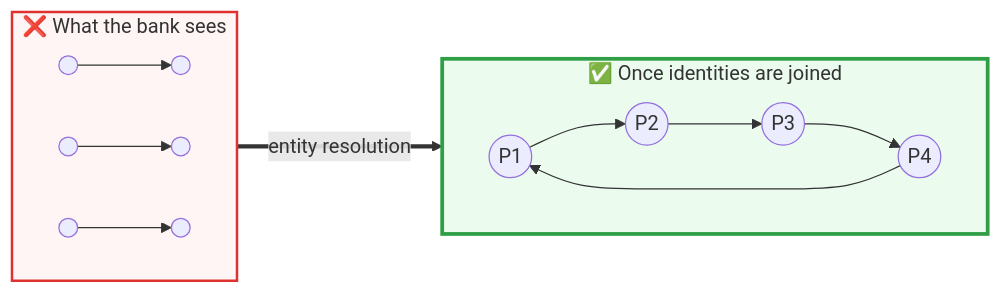
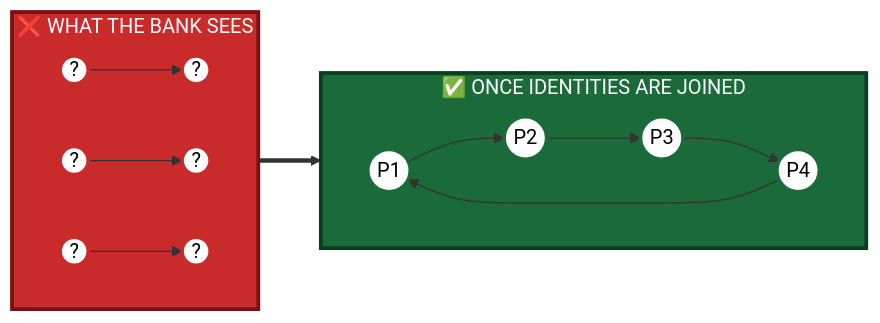
Before and after one commit to akarshncodes/chakravyuh: the second of 7 diagrams in README.md, drawn with Mermaid. The commit also changed other lines of this file, not shown here.

First line of the commit message:
docs: open with the hook, add solution mapping, add self-learning roadmap

````diff
--- a/README.md
+++ b/README.md
@@ -159,22 +215,27 @@
 ```mermaid
 flowchart LR
-    subgraph BEFORE["❌ What the bank sees"]
+    classDef ghost fill:#ffffff,stroke:#c92a2a,stroke-width:3px,color:#000000
+    classDef person fill:#ffffff,stroke:#1b6b3a,stroke-width:3px,color:#000000
+
+    subgraph BEFORE["❌ WHAT THE BANK SEES"]
         direction LR
-        a1((" ")) --> a2((" "))
-        a3((" ")) --> a4((" "))
-        a5((" ")) --> a6((" "))
+        a1(("?")) --> a2(("?"))
+        a3(("?")) --> a4(("?"))
+        a5(("?")) --> a6(("?"))
     end
 
-    subgraph AFTER["✅ Once identities are joined"]
+    subgraph AFTER["✅ ONCE IDENTITIES ARE JOINED"]
         direction LR
         b1(("P1")) --> b2(("P2"))
         b2 --> b3(("P3"))
         b3 --> b4(("P4"))
         b4 --> b1
     end
 
-    BEFORE ==>|"entity resolution"| AFTER
+    BEFORE ==> AFTER
 
-    style BEFORE fill:#fff5f5,stroke:#e03131,stroke-width:2px
-    style AFTER fill:#ebfbee,stroke:#2f9e44,stroke-width:3px
+    class a1,a2,a3,a4,a5,a6 ghost
+    class b1,b2,b3,b4 person
+    style BEFORE fill:#c92a2a,stroke:#7a1010,stroke-width:3px,color:#ffffff
+    style AFTER fill:#1b6b3a,stroke:#0b3d1f,stroke-width:3px,color:#ffffff
 ```
````
